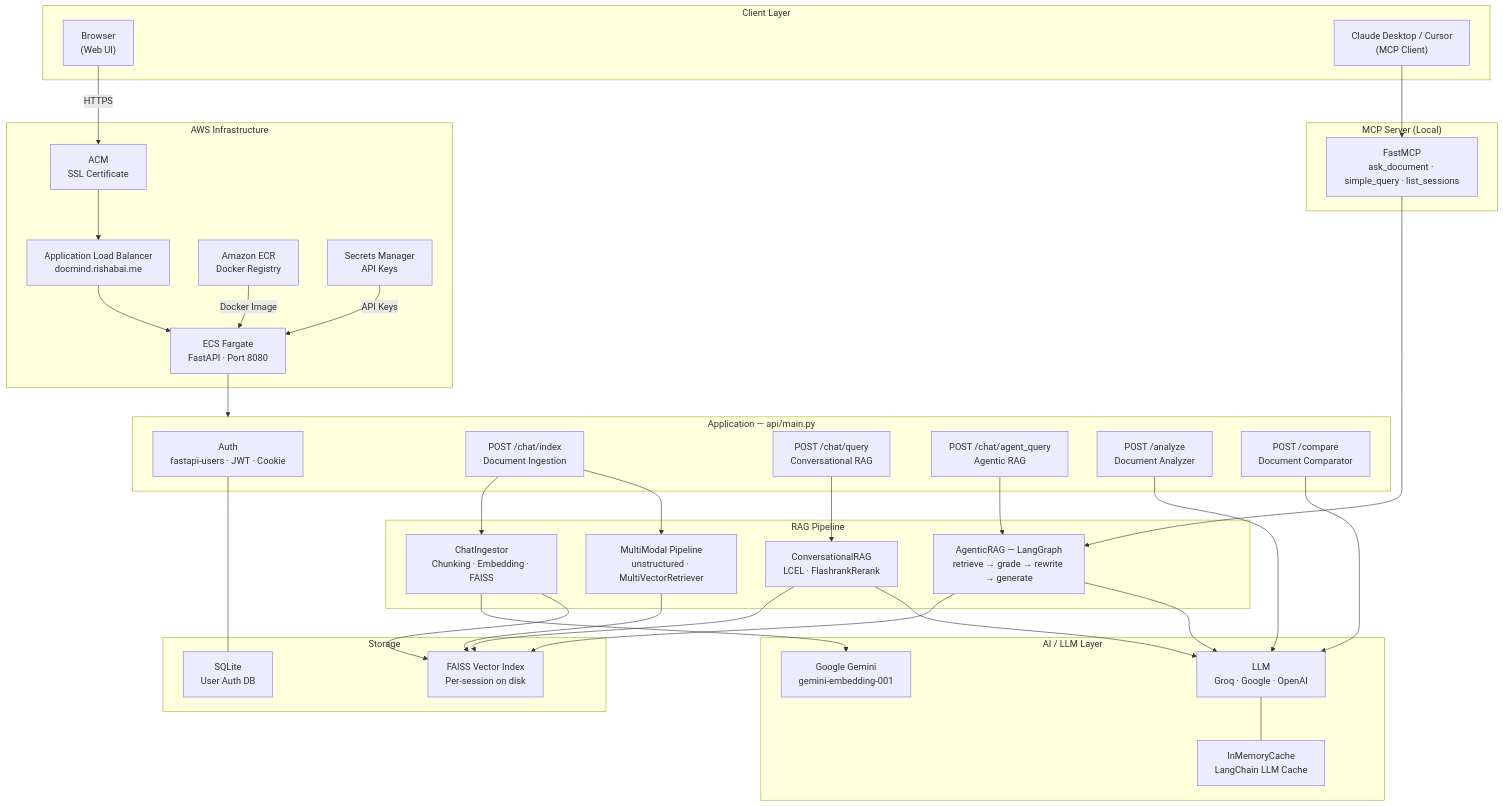
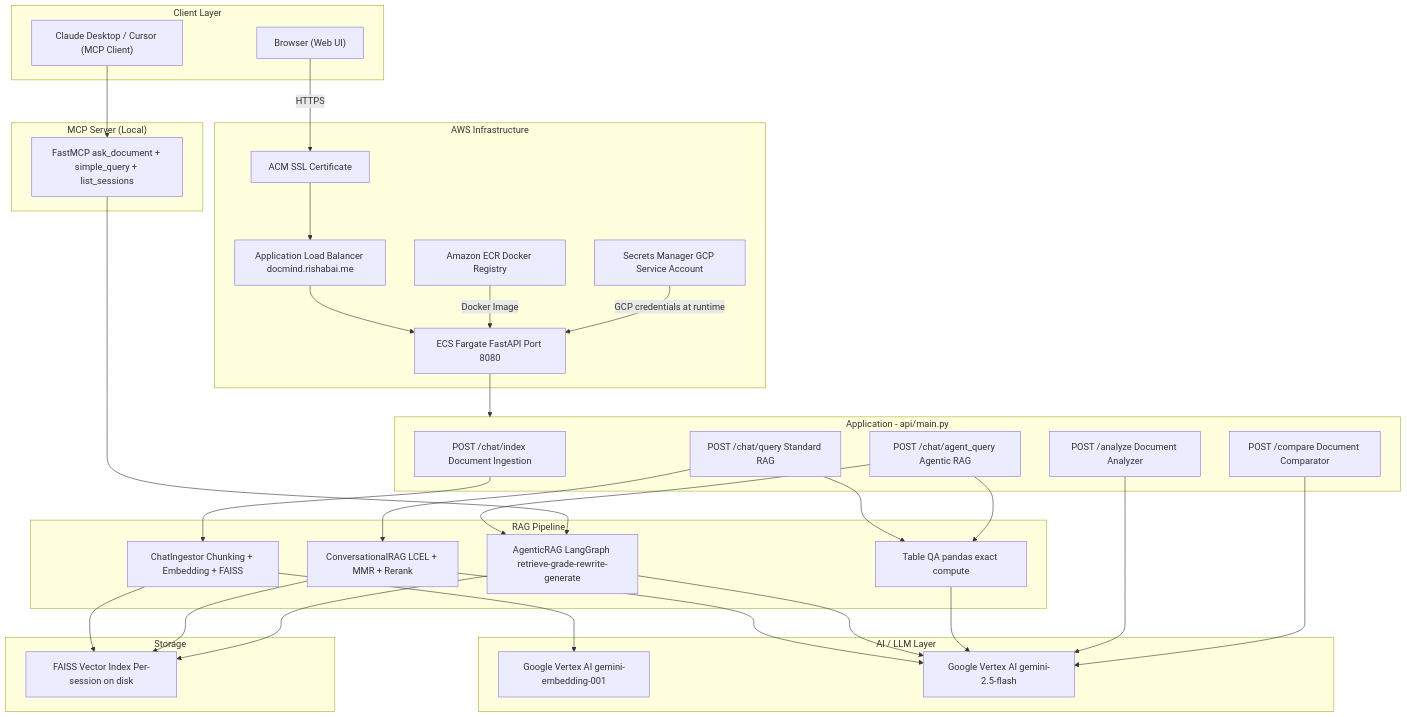
One commit to Rishab-Panwar/DocMind changed the first of 2 diagrams in README.md. Above: the diagram before and after it, drawn with Mermaid. The commit also changed other lines of this file, not shown here.

Commit message:
docs: rewrite README for DocMind (Vertex-only, open app, table compute, Added/Removed compare)

````diff
--- a/README.md
+++ b/README.md
@@ -39,74 +55,70 @@
 ```mermaid
 graph TB
     subgraph Client["Client Layer"]
-        Browser["Browser\n(Web UI)"]
-        MCP["Claude Desktop / Cursor\n(MCP Client)"]
+        Browser["Browser (Web UI)"]
+        MCP["Claude Desktop / Cursor (MCP Client)"]
     end
 
     subgraph AWS["AWS Infrastructure"]
-        ACM["ACM\nSSL Certificate"]
-        ALB["Application Load Balancer\ndocmind.rishabai.me"]
-        ECS["ECS Fargate\nFastAPI · Port 8080"]
-        ECR["Amazon ECR\nDocker Registry"]
-        SM["Secrets Manager\nAPI Keys"]
+        ACM["ACM SSL Certificate"]
+        ALB["Application Load Balancer docmind.rishabai.me"]
+        ECS["ECS Fargate FastAPI Port 8080"]
+        ECR["Amazon ECR Docker Registry"]
+        SM["Secrets Manager GCP Service Account"]
     end
 
-    subgraph AppLayer["Application — api/main.py"]
-        Auth["Auth\nfastapi-users · JWT · Cookie"]
-        ChatIdx["POST /chat/index\nDocument Ingestion"]
-        ChatQ["POST /chat/query\nConversational RAG"]
-        AgentQ["POST /chat/agent_query\nAgentic RAG"]
-        Analyze["POST /analyze\nDocument Analyzer"]
-        Compare["POST /compare\nDocument Comparator"]
+    subgraph AppLayer["Application - api/main.py"]
+        ChatIdx["POST /chat/index Document Ingestion"]
+        ChatQ["POST /chat/query Standard RAG"]
+        AgentQ["POST /chat/agent_query Agentic RAG"]
+        Analyze["POST /analyze Document Analyzer"]
+        Compare["POST /compare Document Comparator"]
     end
 
     subgraph RAGLayer["RAG Pipeline"]
-        Ingestor["ChatIngestor\nChunking · Embedding · FAISS"]
-        LCEL["ConversationalRAG\nLCEL · FlashrankRerank"]
-        LG["AgenticRAG — LangGraph\nretrieve → grade → rewrite → generate"]
-        MM["MultiModal Pipeline\nunstructured · MultiVectorRetriever"]
+        Ingestor["ChatIngestor Chunking + Embedding + FAISS"]
+        LCEL["ConversationalRAG LCEL + MMR + Rerank"]
+        LG["AgenticRAG LangGraph retrieve-grade-rewrite-generate"]
+        TQA["Table QA pandas exact compute"]
     end
 
     subgraph Storage["Storage"]
-        FAISS["FAISS Vector Index\nPer-session on disk"]
-        SQLite["SQLite\nUser Auth DB"]
+        FAISS["FAISS Vector Index Per-session on disk"]
     end
 
     subgraph AI["AI / LLM Layer"]
-        Embed["Google Gemini\ngemini-embedding-001"]
-        LLM["LLM\nGroq · Google · OpenAI"]
-        Cache["InMemoryCache\nLangChain LLM Cache"]
+        Embed["Google Vertex AI gemini-embedding-001"]
+        LLM["Google Vertex AI gemini-2.5-flash"]
     end
 
     subgraph MCPSrv["MCP Server (Local)"]
-        FastMCP["FastMCP\nask_document · simple_query · list_sessions"]
+        FastMCP["FastMCP ask_document + simple_query + list_sessions"]
     end
 
     Browser -->|HTTPS| ACM
     ACM --> ALB
     ALB --> ECS
     ECS --> AppLayer
     ECR -->|Docker Image| ECS
-    SM -->|API Keys| ECS
+    SM -->|GCP credentials at runtime| ECS
 
-    Auth --- SQLite
     ChatIdx --> Ingestor
     ChatQ --> LCEL
     AgentQ --> LG
-    ChatIdx --> MM
+    ChatQ --> TQA
+    AgentQ --> TQA
 
     Ingestor --> Embed
     Ingestor --> FAISS
     LCEL --> FAISS
     LG --> FAISS
-    MM --> FAISS
 
     LCEL --> LLM
     LG --> LLM
+    TQA --> LLM
     Analyze --> LLM
     Compare --> LLM
-    LLM --- Cache
 
     MCP --> FastMCP
     FastMCP --> LG
 ```
````
